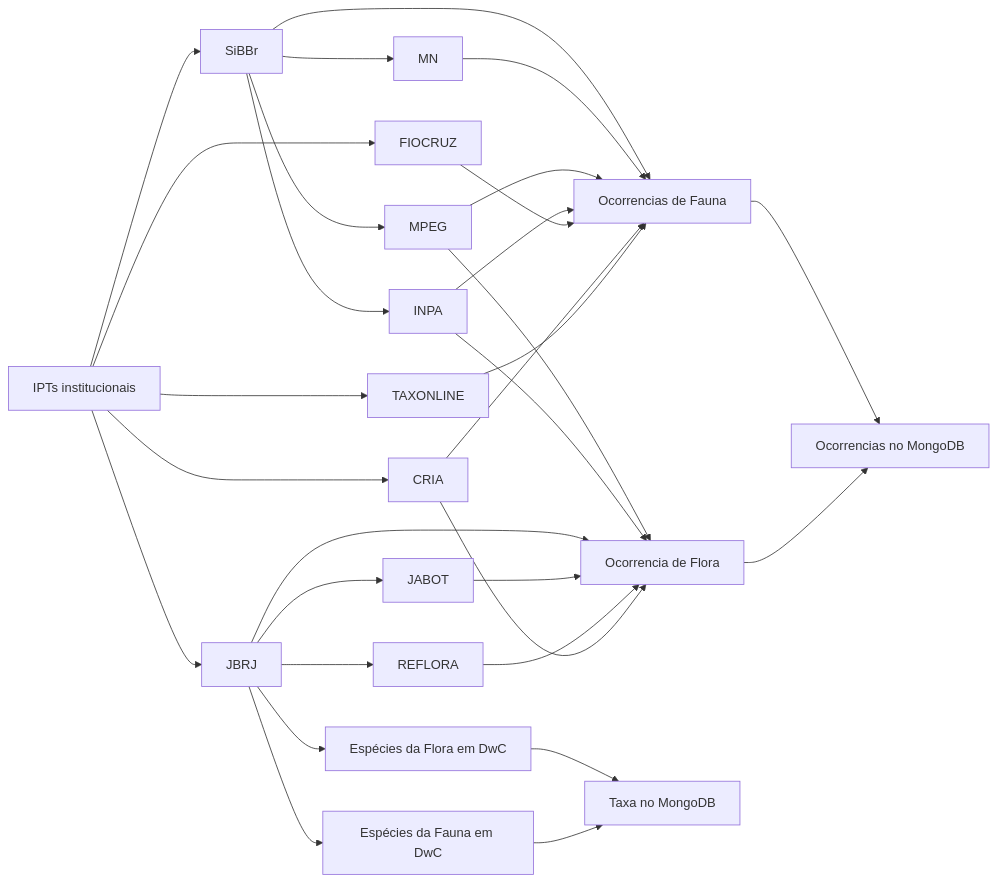
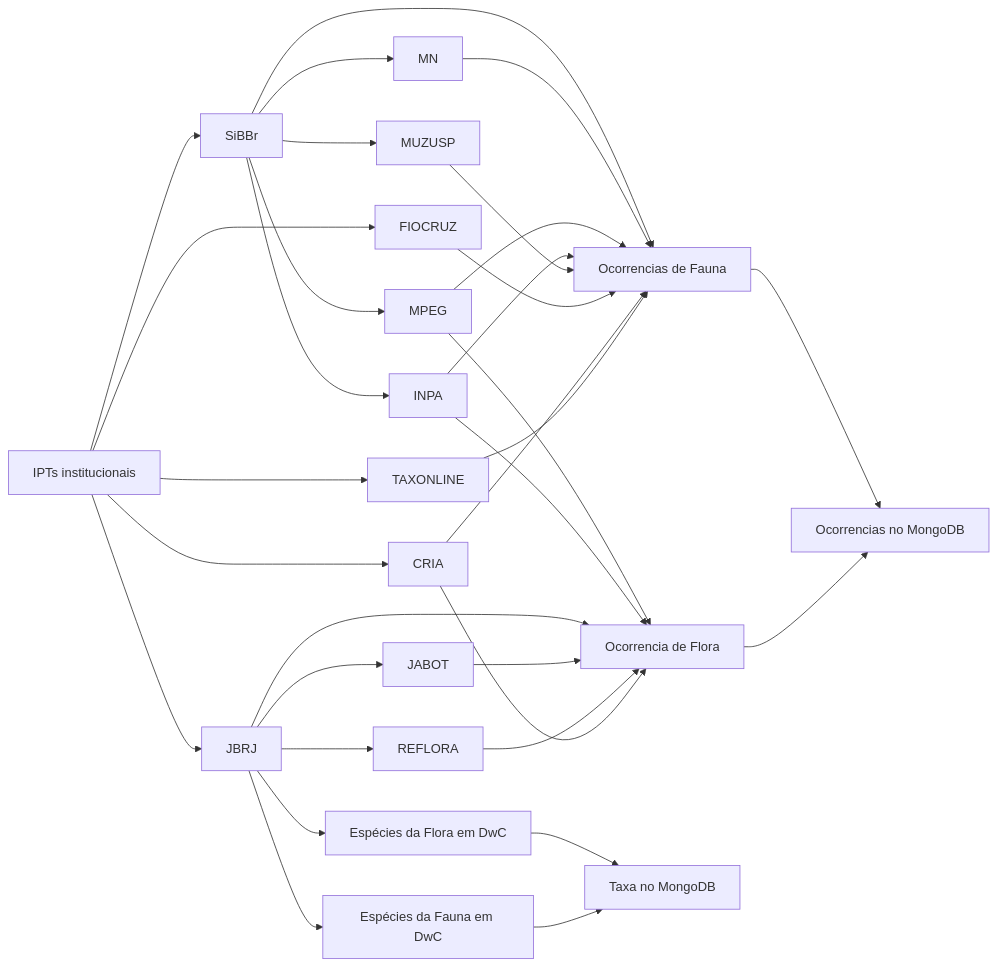
Before and after one commit to biopinda/Biodiversidade-Online: the diagram in README.md, drawn with Mermaid.

Commit message:
Incluindo MUZUSP

````diff
--- a/README.md
+++ b/README.md
@@ -18,35 +18,37 @@
 ```mermaid
 flowchart LR
     0[IPTs institucionais] --> 1[SiBBr]
     
     0 --> 2[JBRJ]
     2 --> 3[JABOT]
     2 --> 4[REFLORA]
     0 --> 5[FIOCRUZ]
     0 --> 6[CRIA]
     0 --> 7[TAXONLINE]
     1 --> 11[MN]
     1 --> 12[MPEG]
     1 --> 13[INPA]
+    1 --> 14[MUZUSP]
     1 --> C
 
     11 --> C
     12 --> C
     12 --> D
     13 --> D
     13 --> C
+    14 --> C
     2 --> A
     2 --> B
     2 --> D
     3 --> D
     4 --> D
     5 --> C
     6 --> C
     6 --> D
     7 --> C
 
     A[Espécies da Flora em DwC] --> A1[Taxa no MongoDB]
     B[Espécies da Fauna em DwC] --> A1
     C[Ocorrencias de Fauna] --> C1[Ocorrencias no MongoDB]
     D[Ocorrencia de Flora] --> C1
 ```
````
